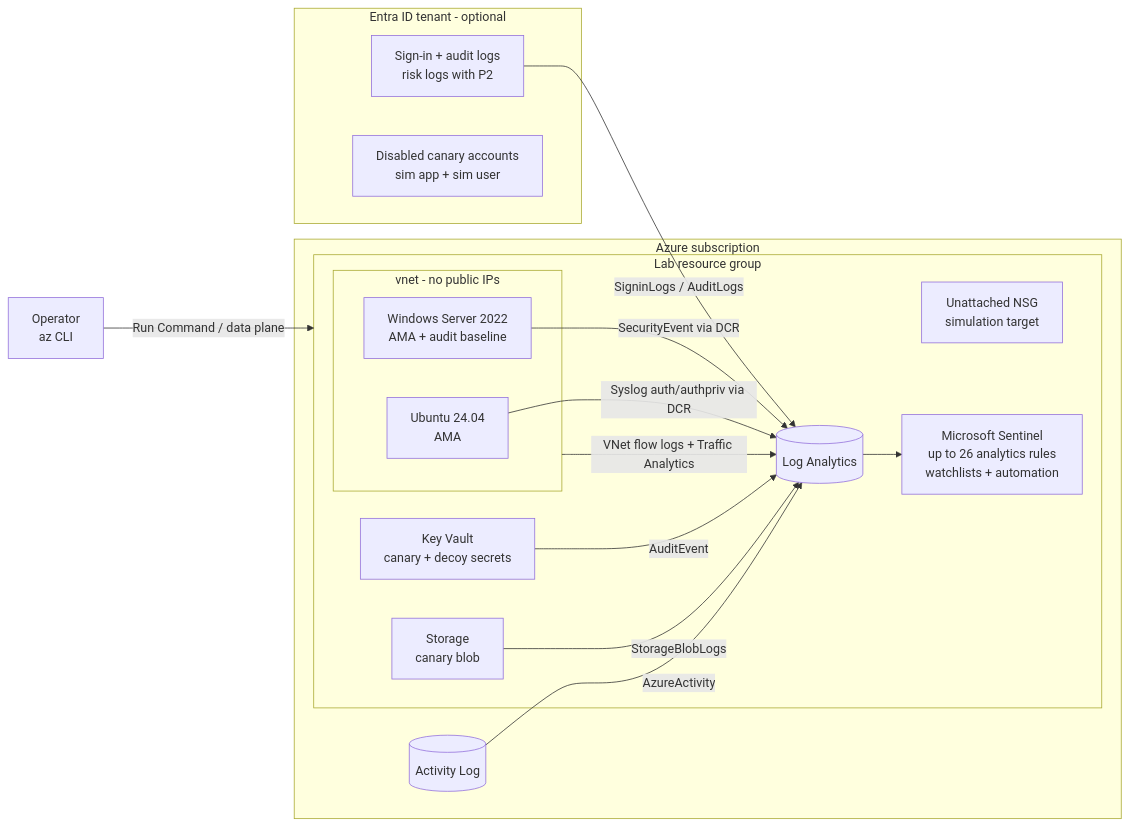
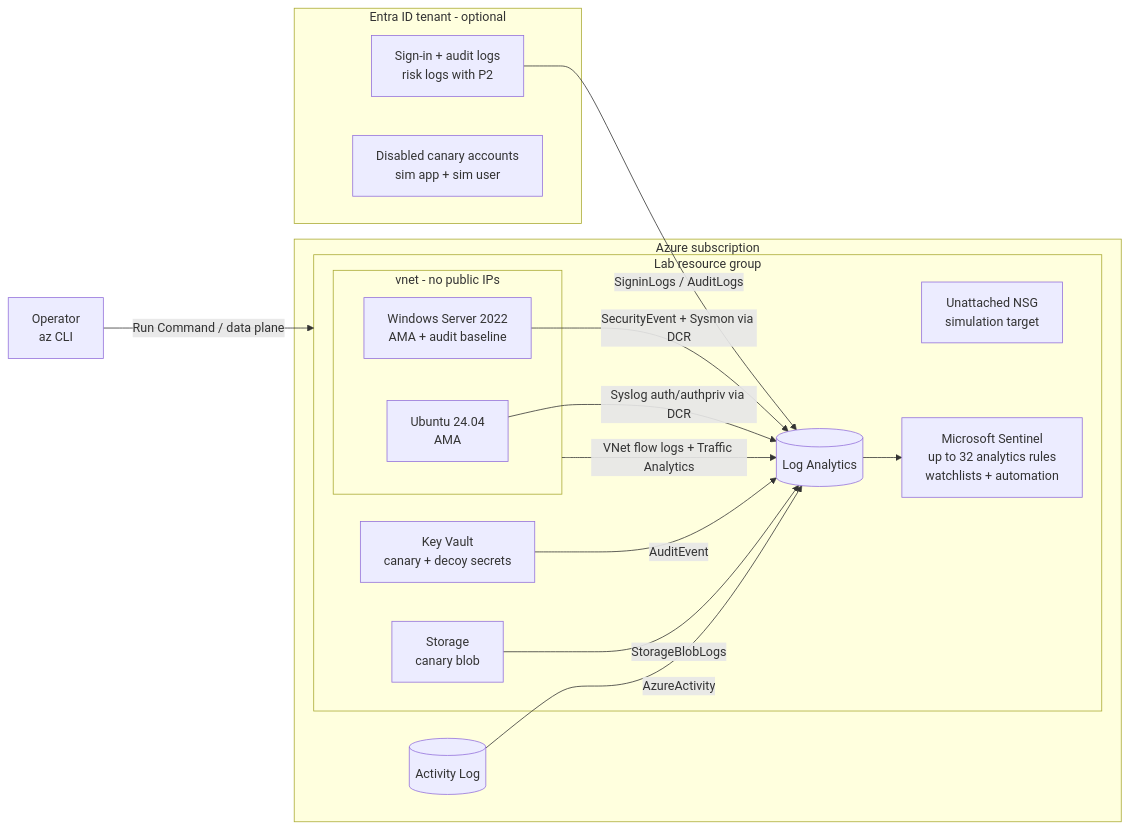
One commit to H3llKa1ser/Azure-Detection-Engineering-Lab changed the diagram in README.md. Above: the diagram before and after it, drawn with Mermaid. The commit also changed other lines of this file, not shown here.

First line of the commit message:
Update README with new detection counts and Sysmon info

````diff
--- a/README.md
+++ b/README.md
@@ -30,30 +30,30 @@
 ```mermaid
 flowchart LR
     subgraph SUB[Azure subscription]
         AL[(Activity Log)]
         subgraph RG[Lab resource group]
             subgraph VNET[vnet - no public IPs]
                 WIN[Windows Server 2022<br/>AMA + audit baseline]
                 LNX[Ubuntu 24.04<br/>AMA]
             end
             KV[Key Vault<br/>canary + decoy secrets]
             ST[Storage<br/>canary blob]
             NSGSIM[Unattached NSG<br/>simulation target]
             LAW[(Log Analytics)]
-            SEN[Microsoft Sentinel<br/>up to 26 analytics rules<br/>watchlists + automation]
+            SEN[Microsoft Sentinel<br/>up to 32 analytics rules<br/>watchlists + automation]
         end
     end
     subgraph ENTRA[Entra ID tenant - optional]
         SIGN[Sign-in + audit logs<br/>risk logs with P2]
         CAN[Disabled canary accounts<br/>sim app + sim user]
     end
     SIGN -- SigninLogs / AuditLogs --> LAW
-    WIN -- SecurityEvent via DCR --> LAW
+    WIN -- SecurityEvent + Sysmon via DCR --> LAW
     LNX -- Syslog auth/authpriv via DCR --> LAW
     KV -- AuditEvent --> LAW
     ST -- StorageBlobLogs --> LAW
     AL -- AzureActivity --> LAW
     VNET -- VNet flow logs + Traffic Analytics --> LAW
     LAW --> SEN
     OP[Operator<br/>az CLI] -- Run Command / data plane --> RG
 ```
````
